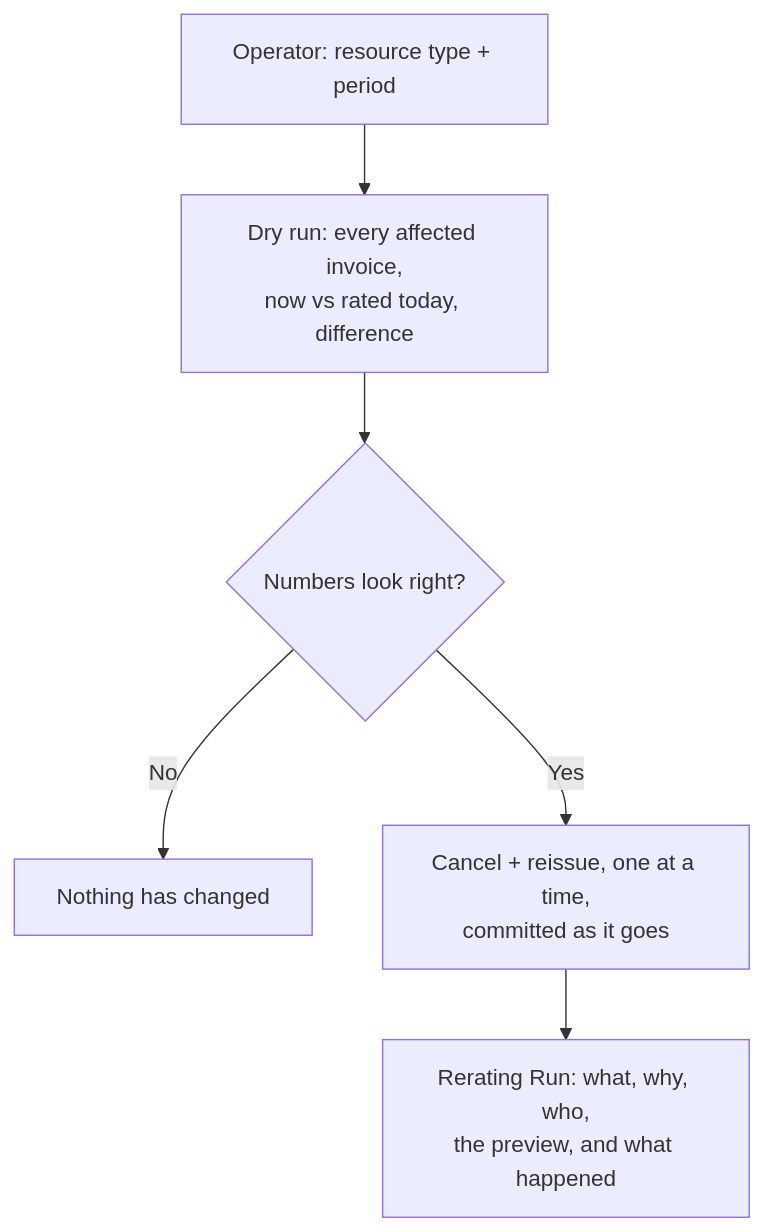
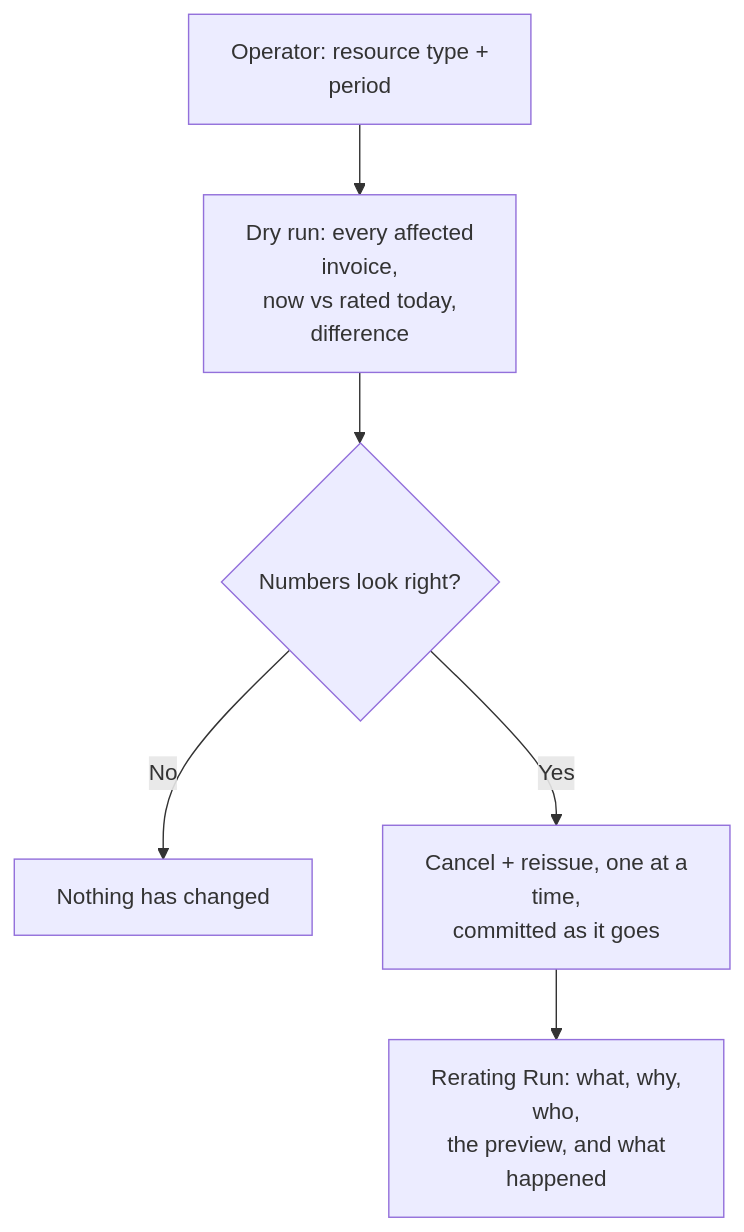
Diagram 11 of 11 in billing-improvements-explained.md (saurabh6790/v2-billing-specs), drawn with Mermaid before and after one commit. The commit also changed other lines of this file and 27 other files, not shown here.

Commit message:
diagrams: render the excalidraw svgs, and the tool that makes them

````diff
--- a/billing-improvements-explained.md
+++ b/billing-improvements-explained.md
@@ -374,8 +415,17 @@
 ```mermaid
 flowchart TD
-    O["Operator: resource type + period"] --> PV["Dry run: every affected invoice,<br/>now vs rated today, difference"]
+    O["`Operator: resource type +
+period`"] --> PV["`Dry run: every affected
+invoice,
+now vs rated today,
+difference`"]
     PV --> Q{"Numbers look right?"}
     Q -->|"No"| STOP["Nothing has changed"]
-    Q -->|"Yes"| AP["Cancel + reissue, one at a time,<br/>committed as it goes"]
-    AP --> R["Rerating Run: what, why, who,<br/>the preview, and what happened"]
+    Q -->|"Yes"| AP["`Cancel + reissue, one at a
+time,
+committed as it goes`"]
+    AP --> R["`Rerating Run: what, why,
+who,
+the preview, and what
+happened`"]
 ```
````
